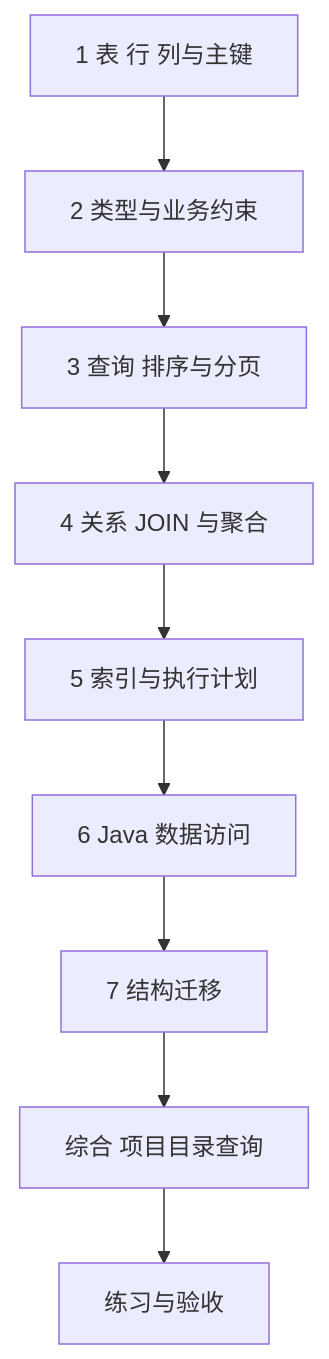
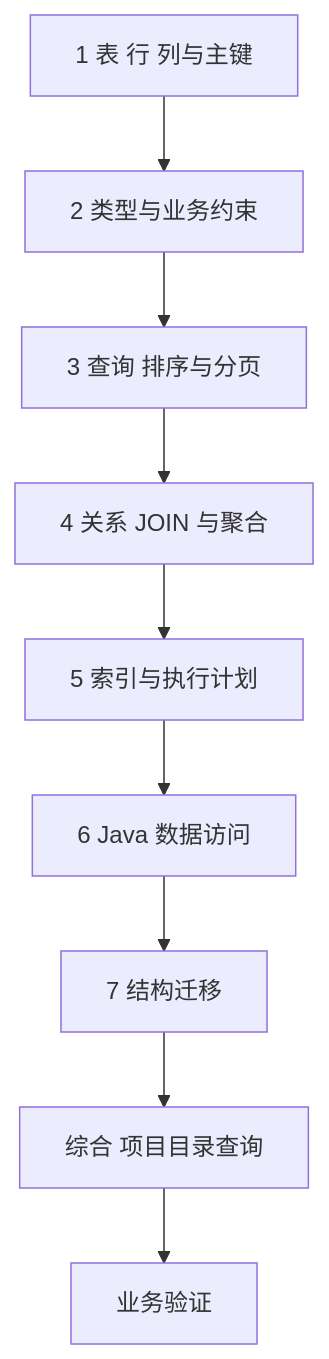
The diagram in docs/05-数据库设计与SQL/README/index.md (Mr-giraff/backend-roadmap), drawn with Mermaid before and after one commit. The commit also changed other lines of this file and 40 other files, not shown here.

````diff
--- a/docs/05-数据库设计与SQL/README/index.md
+++ b/docs/05-数据库设计与SQL/README/index.md
@@ -30,11 +30,11 @@
 ```mermaid
 flowchart TD
     A["1 表 行 列与主键"] --> B["2 类型与业务约束"]
     B --> C["3 查询 排序与分页"]
     C --> D["4 关系 JOIN 与聚合"]
     D --> E["5 索引与执行计划"]
     E --> F["6 Java 数据访问"]
     F --> G["7 结构迁移"]
     G --> H["综合 项目目录查询"]
-    H --> I["练习与验收"]
+    H --> I["业务验证"]
 ```
````
